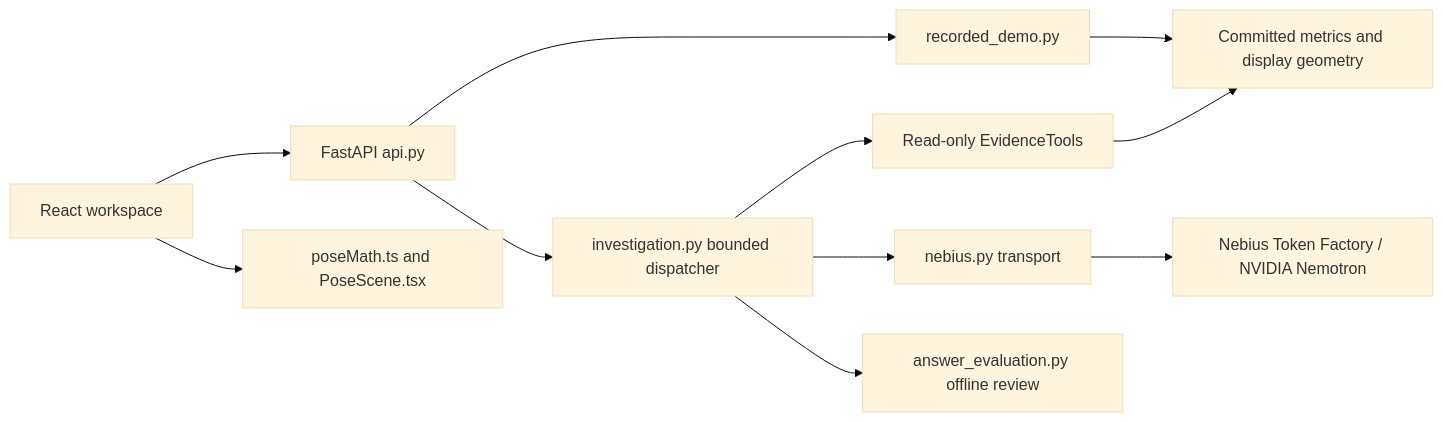
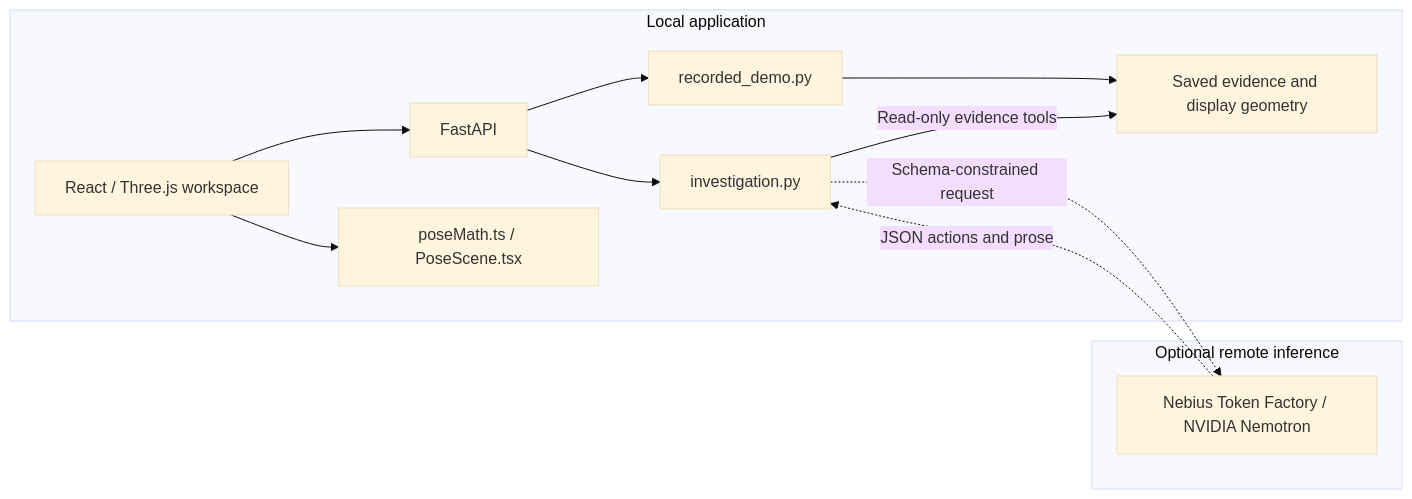
The diagram in README.md (MuskanEjaz/AutoFrame-3D), drawn with Mermaid (base theme) before and after one commit. The commit also changed other lines of this file and 2 other files, not shown here.

````diff
--- a/README.md
+++ b/README.md
@@ -108,13 +179,16 @@
 ```mermaid
 flowchart LR
-    UI[React workspace] --> API[FastAPI api.py]
-    API --> REC[recorded_demo.py]
-    REC --> SAVED[Committed metrics and display geometry]
-    UI --> POSE[poseMath.ts and PoseScene.tsx]
-    API --> INV[investigation.py bounded dispatcher]
-    INV --> N[nebius.py transport]
-    N --> TF[Nebius Token Factory / NVIDIA Nemotron]
-    INV --> TOOLS[Read-only EvidenceTools]
-    TOOLS --> SAVED
-    INV --> EV[answer_evaluation.py offline review]
+    subgraph Local["Local application"]
+        UI["React / Three.js workspace"] --> API["FastAPI"]
+        UI --> SYN["poseMath.ts / PoseScene.tsx"]
+        API --> REC["recorded_demo.py"]
+        REC --> DATA["Saved evidence and display geometry"]
+        API --> INV["investigation.py"]
+        INV -->|Read-only evidence tools| DATA
+    end
+    subgraph Remote["Optional remote inference"]
+        TF["Nebius Token Factory / NVIDIA Nemotron"]
+    end
+    INV -.->|Schema-constrained request| TF
+    TF -.->|JSON actions and prose| INV
 ```
````
